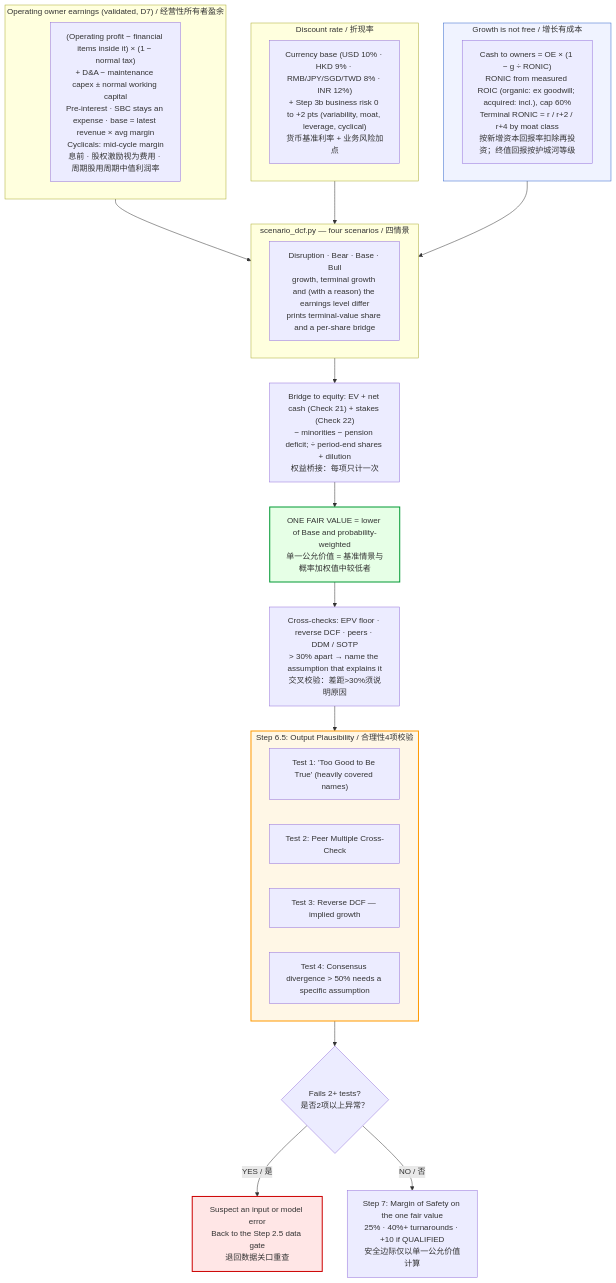
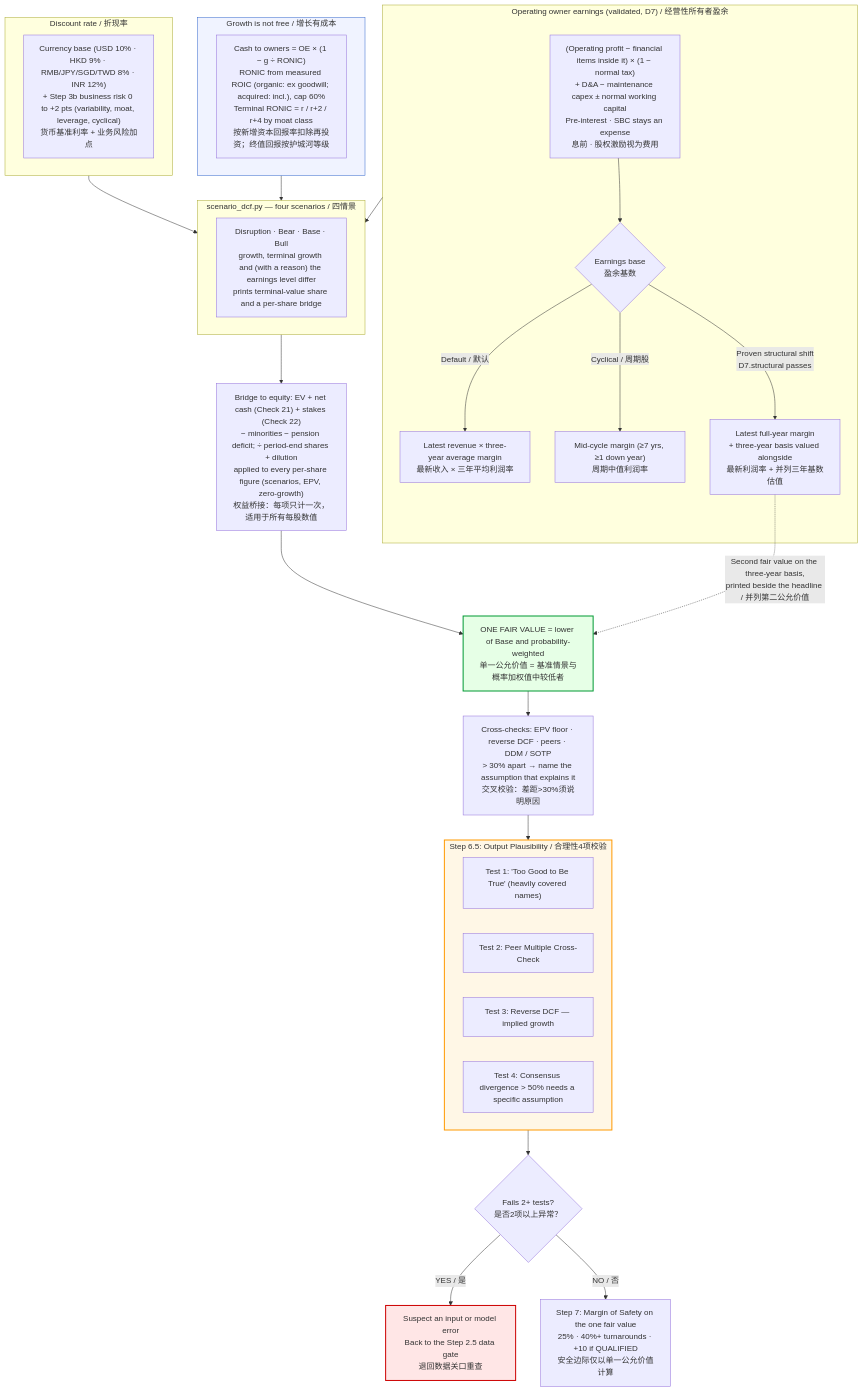
One commit to mikezhang09-code/value-investment-skills changed the seventh of 9 diagrams in value_investing_skill_mermaid_architecture.md. Above: the diagram before and after it, drawn with Mermaid. The commit also changed other lines of this file and 2 other files, not shown here.

Commit message:
docs: document the structural-margin exception and bridge fix
- SKILL.md Step 6: the earnings base rule and the latest_margin exception
  (filed cause, two reported periods, at least half the gap, never for a
  cyclical, second fair value on the three-year basis); change log entry.
- README: owner-earnings bullet, Step 6, script and test descriptions.
- Architecture document: dated 2026-11-11; earnings-base row in the change
  table; D7.structural in the data-gate diagram; three-way earnings-base branch
  and second fair value in the valuation diagram; bridge applies to every
  per-share figure. All nine diagrams render with Mermaid CLI.

````diff
--- a/value_investing_skill_mermaid_architecture.md
+++ b/value_investing_skill_mermaid_architecture.md
@@ -262,44 +263,50 @@
 ```mermaid
 flowchart TD
     subgraph OE ["Operating owner earnings (validated, D7) / 经营性所有者盈余"]
-        OE1["(Operating profit − financial items inside it) × (1 − normal tax)<br>+ D&A − maintenance capex ± normal working capital<br>Pre-interest · SBC stays an expense · base = latest revenue × avg margin<br>Cyclicals: mid-cycle margin<br>息前 · 股权激励视为费用 · 周期股用周期中值利润率"]
+        OE1["(Operating profit − financial items inside it) × (1 − normal tax)<br>+ D&A − maintenance capex ± normal working capital<br>Pre-interest · SBC stays an expense<br>息前 · 股权激励视为费用"]
+        OEB{"Earnings base<br>盈余基数"}
+        OE1 --> OEB
+        OEB -->|Default / 默认| B3["Latest revenue × three-year average margin<br>最新收入 × 三年平均利润率"]
+        OEB -->|Cyclical / 周期股| BM["Mid-cycle margin (≥7 yrs, ≥1 down year)<br>周期中值利润率"]
+        OEB -->|Proven structural shift<br>D7.structural passes| BL["Latest full-year margin<br>+ three-year basis valued alongside<br>最新利润率 + 并列三年基数估值"]
     end
 
     subgraph Rate ["Discount rate / 折现率"]
         R1["Currency base (USD 10% · HKD 9% · RMB/JPY/SGD/TWD 8% · INR 12%)<br>+ Step 3b business risk 0 to +2 pts (variability, moat, leverage, cyclical)<br>货币基准利率 + 业务风险加点"]
     end
 
     subgraph Growth ["Growth is not free / 增长有成本"]
         G1["Cash to owners = OE × (1 − g ÷ RONIC)<br>RONIC from measured ROIC (organic: ex goodwill; acquired: incl.), cap 60%<br>Terminal RONIC = r / r+2 / r+4 by moat class<br>按新增资本回报率扣除再投资；终值回报按护城河等级"]
     end
 
     subgraph Scen ["scenario_dcf.py — four scenarios / 四情景"]
         SC["Disruption · Bear · Base · Bull<br>growth, terminal growth and (with a reason) the earnings level differ<br>prints terminal-value share and a per-share bridge"]
     end
 
     OE --> Scen
     Rate --> Scen
     Growth --> Scen
 
-    Scen --> Bridge["Bridge to equity: EV + net cash (Check 21) + stakes (Check 22)<br>− minorities − pension deficit; ÷ period-end shares + dilution<br>权益桥接：每项只计一次"]
+    Scen --> Bridge["Bridge to equity: EV + net cash (Check 21) + stakes (Check 22)<br>− minorities − pension deficit; ÷ period-end shares + dilution<br>applied to every per-share figure (scenarios, EPV, zero-growth)<br>权益桥接：每项只计一次，适用于所有每股数值"]
     Bridge --> FV["ONE FAIR VALUE = lower of Base and probability-weighted<br>单一公允价值 = 基准情景与概率加权值中较低者"]
 
     FV --> XC["Cross-checks: EPV floor · reverse DCF · peers · DDM / SOTP<br>> 30% apart → name the assumption that explains it<br>交叉校验：差距>30%须说明原因"]
+    BL -.->|Second fair value on the three-year basis,<br>printed beside the headline / 并列第二公允价值| FV
 
     subgraph Step65 ["Step 6.5: Output Plausibility / 合理性4项校验"]
         T1["Test 1: 'Too Good to Be True' (heavily covered names)"]
         T2["Test 2: Peer Multiple Cross-Check"]
         T3["Test 3: Reverse DCF — implied growth"]
         T4["Test 4: Consensus divergence > 50% needs a specific assumption"]
     end
 
     XC --> Step65
     Step65 --> SanityCheck{"Fails 2+ tests?<br>是否2项以上异常？"}
     SanityCheck -->|YES / 是| LoopBack["Suspect an input or model error<br>Back to the Step 2.5 data gate<br>退回数据关口重查"]
     SanityCheck -->|NO / 否| Step7["Step 7: Margin of Safety on the one fair value<br>25% · 40%+ turnarounds · +10 if QUALIFIED<br>安全边际仅以单一公允价值计算"]
 
     style FV fill:#e6ffe6,stroke:#009933,stroke-width:2px
     style Growth fill:#f0f3ff,stroke:#3366cc,stroke-width:1px
     style Step65 fill:#fff7e6,stroke:#ff9900,stroke-width:2px
     style LoopBack fill:#ffe6e6,stroke:#cc0000,stroke-width:2px
 ```
````
